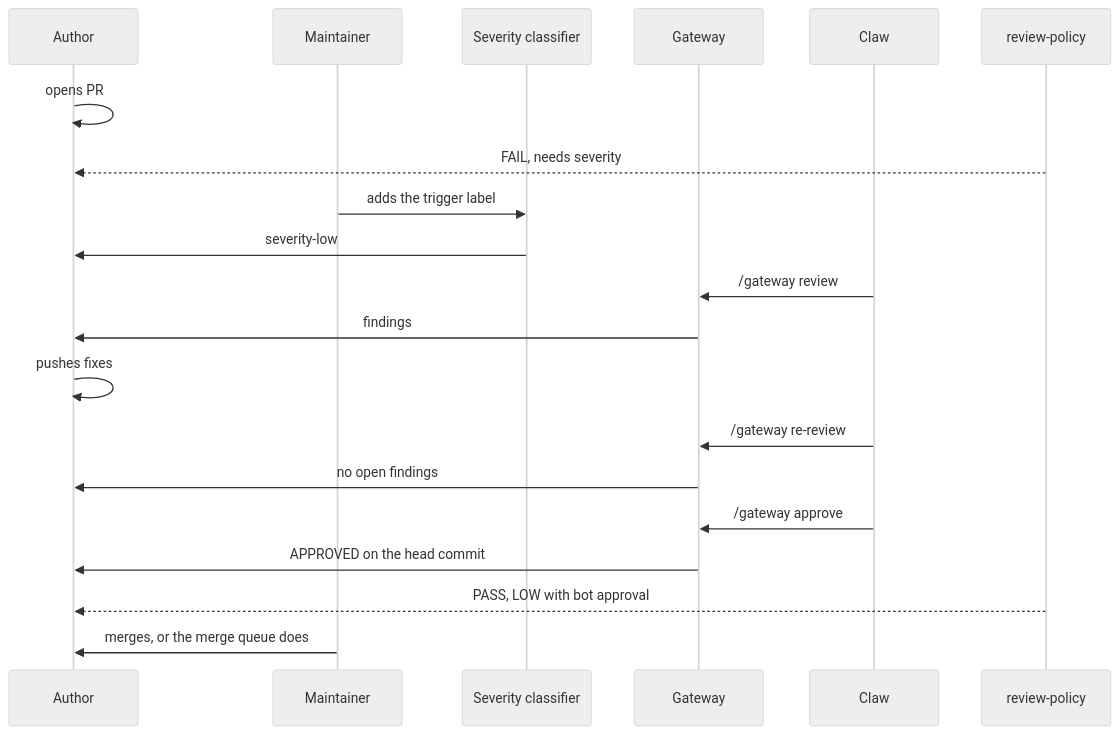
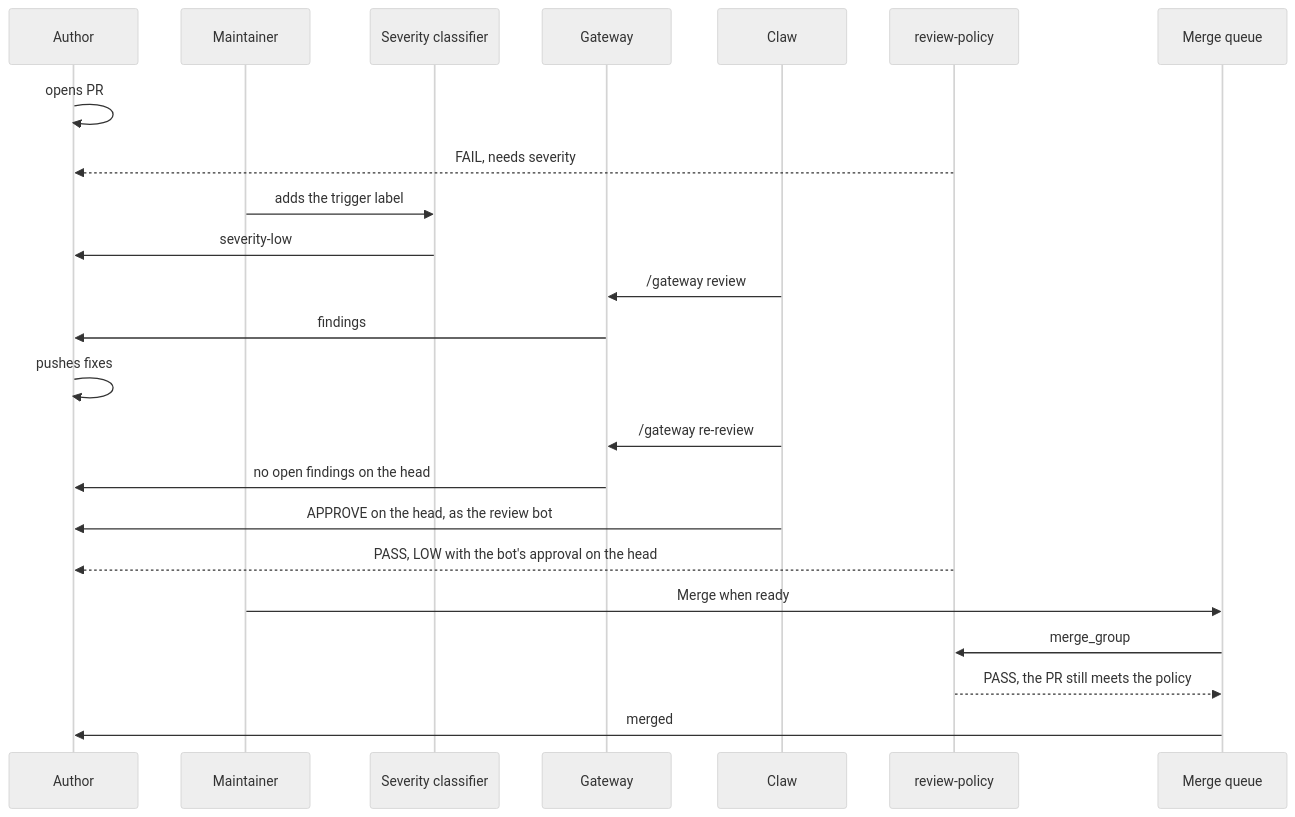
Before and after one commit to lightninglabs/review-policy: the third of 3 diagrams in README.md, drawn with Mermaid (neutral theme). The commit also changed other lines of this file, not shown here.

First line of the commit message:
docs: address review of the design

````diff
--- a/README.md
+++ b/README.md
@@ -71,23 +89,26 @@
 ```mermaid
 sequenceDiagram
     participant A as Author
     participant M as Maintainer
     participant S as Severity classifier
     participant G as Gateway
     participant C as Claw
     participant P as review-policy
+    participant Q as Merge queue
 
     A->>A: opens PR
     P-->>A: FAIL, needs severity
     M->>S: adds the trigger label
     S->>A: severity-low
     C->>G: /gateway review
     G->>A: findings
     A->>A: pushes fixes
     C->>G: /gateway re-review
-    G->>A: no open findings
-    C->>G: /gateway approve
-    G->>A: APPROVED on the head commit
-    P-->>A: PASS, LOW with bot approval
-    M->>A: merges, or the merge queue does
+    G->>A: no open findings on the head
+    C->>A: APPROVE on the head, as the review bot
+    P-->>A: PASS, LOW with the bot's approval on the head
+    M->>Q: Merge when ready
+    Q->>P: merge_group
+    P-->>Q: PASS, the PR still meets the policy
+    Q->>A: merged
 ```
````
